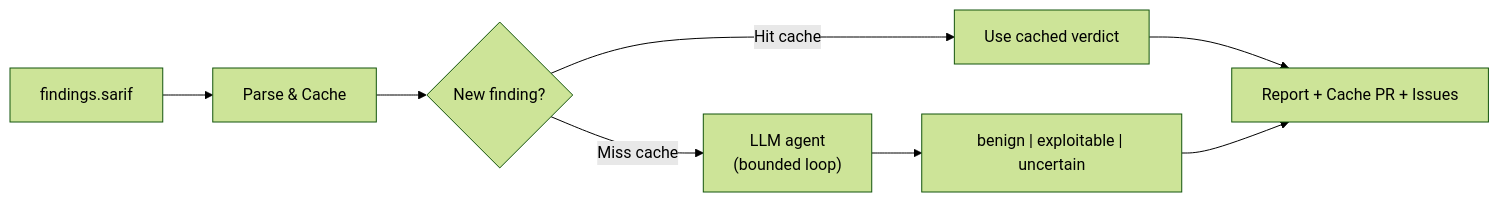
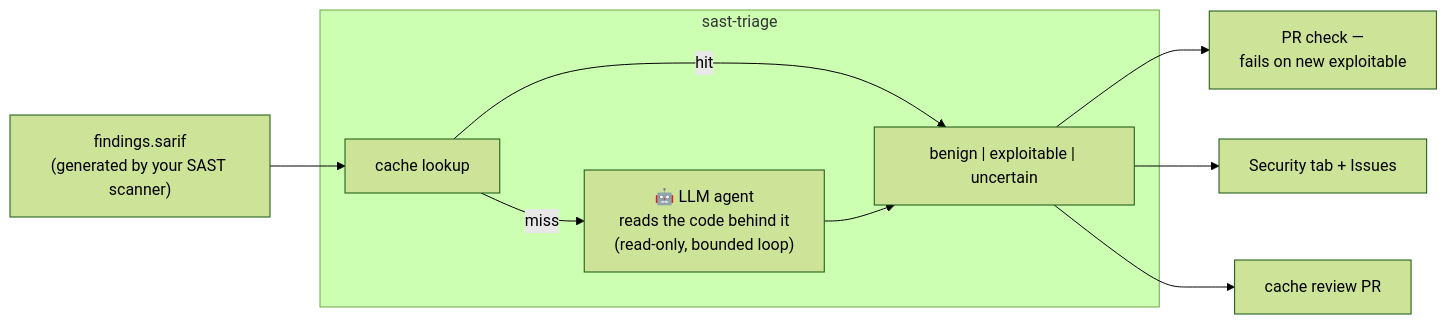
One commit to alexpermiakov/sast-triage changed the diagram in README.md. Above: the diagram before and after it, drawn with Mermaid (forest theme). The commit also changed other lines of this file, not shown here.

Commit message:
feat: update README to improve flowchart clarity and enhance quick start instructions

````diff
--- a/README.md
+++ b/README.md
@@ -12,10 +12,12 @@
 ```mermaid
 graph LR
-    A["findings.sarif"] --> B["Parse & Cache"]
-    B --> C{"New finding?"}
-    C -->|Hit cache| D["Use cached verdict"]
-    C -->|Miss cache| E["LLM agent\n(bounded loop)"]
-    E --> F["benign | exploitable | uncertain"]
-    D --> G["Report + Cache PR + Issues"]
-    F --> G
+    subgraph T["sast-triage"]
+        B["cache lookup"] -->|hit| V["benign | exploitable | uncertain"]
+        B -->|miss| E["🤖 LLM agent<br/>reads the code behind it<br/>(read-only, bounded loop)"]
+        E --> V
+    end
+    A["findings.sarif<br/>(generated by your SAST scanner)"] --> B
+    V --> G["PR check —<br/>fails on new exploitable"]
+    V --> H["Security tab + Issues"]
+    V --> P["cache review PR"]
 ```
````
